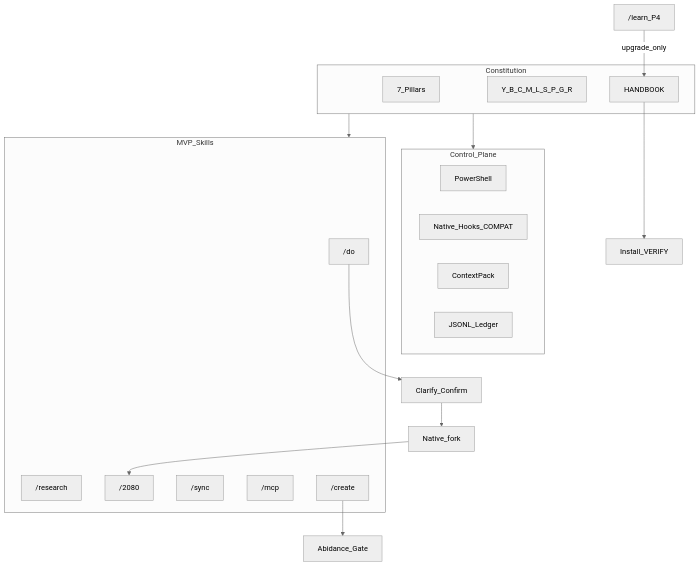
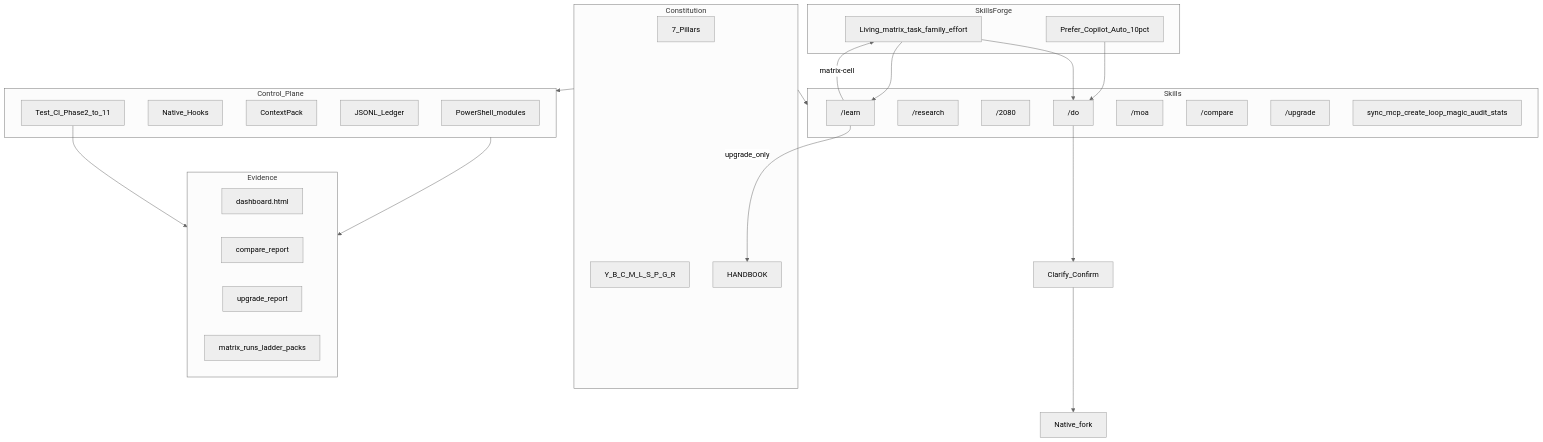
Before and after one commit to avisheku/copilot-skills: the diagram in docs/plan/IMPLEMENTATION_PLAN.md, drawn with Mermaid (neutral theme). The commit also changed other lines of this file and 1 other file, not shown here.

First line of the commit message:
Refresh implementation plan to match built architecture Phases 0-11.

````diff
--- a/docs/plan/IMPLEMENTATION_PLAN.md
+++ b/docs/plan/IMPLEMENTATION_PLAN.md
@@ -69,30 +71,46 @@
 ```mermaid
 flowchart TB
+  subgraph brand [SkillsForge]
+    Auto["Prefer_Copilot_Auto_10pct"]
+    Matrix["Living_matrix_task_family_effort"]
+  end
   subgraph constitution [Constitution]
     Pillars[7_Pillars]
     Principles[Y_B_C_M_L_S_P_G_R]
     Handbook[HANDBOOK]
   end
   subgraph plane [Control_Plane]
-    PS[PowerShell]
-    Hooks[Native_Hooks_COMPAT]
+    PS[PowerShell_modules]
+    Hooks[Native_Hooks]
     Ctx[ContextPack]
     Ledger[JSONL_Ledger]
+    CI[Test_CI_Phase2_to_11]
   end
-  subgraph skills [MVP_Skills]
+  subgraph skills [Skills]
     Do["/do"]
     Res["/research"]
     Two["/2080"]
-    Sync["/sync"]
-    Mcp["/mcp"]
-    Create["/create"]
+    Learn["/learn"]
+    Moa["/moa"]
+    Cmp["/compare"]
+    Upg["/upgrade"]
+    More["sync_mcp_create_loop_magic_audit_stats"]
   end
+  subgraph evidence [Evidence]
+    Dash[dashboard.html]
+    CmpR[compare_report]
+    UpgR[upgrade_report]
+    MatR[matrix_runs_ladder_packs]
+  end
+  constitution --> plane
   constitution --> skills
-  constitution --> plane
-  Handbook --> Install[Install_VERIFY]
+  Auto --> Do
+  Matrix --> Do
+  Matrix --> Learn
   Do --> Gates[Clarify_Confirm]
   Gates --> Native[Native_fork]
-  Native --> Two
-  Create --> Abide[Abidance_Gate]
-  Learn["/learn_P4"] -->|"upgrade_only"| Handbook
+  Learn -->|"upgrade_only"| Handbook
+  Learn -->|"matrix-cell"| Matrix
+  plane --> evidence
+  CI --> evidence
 ```
````
